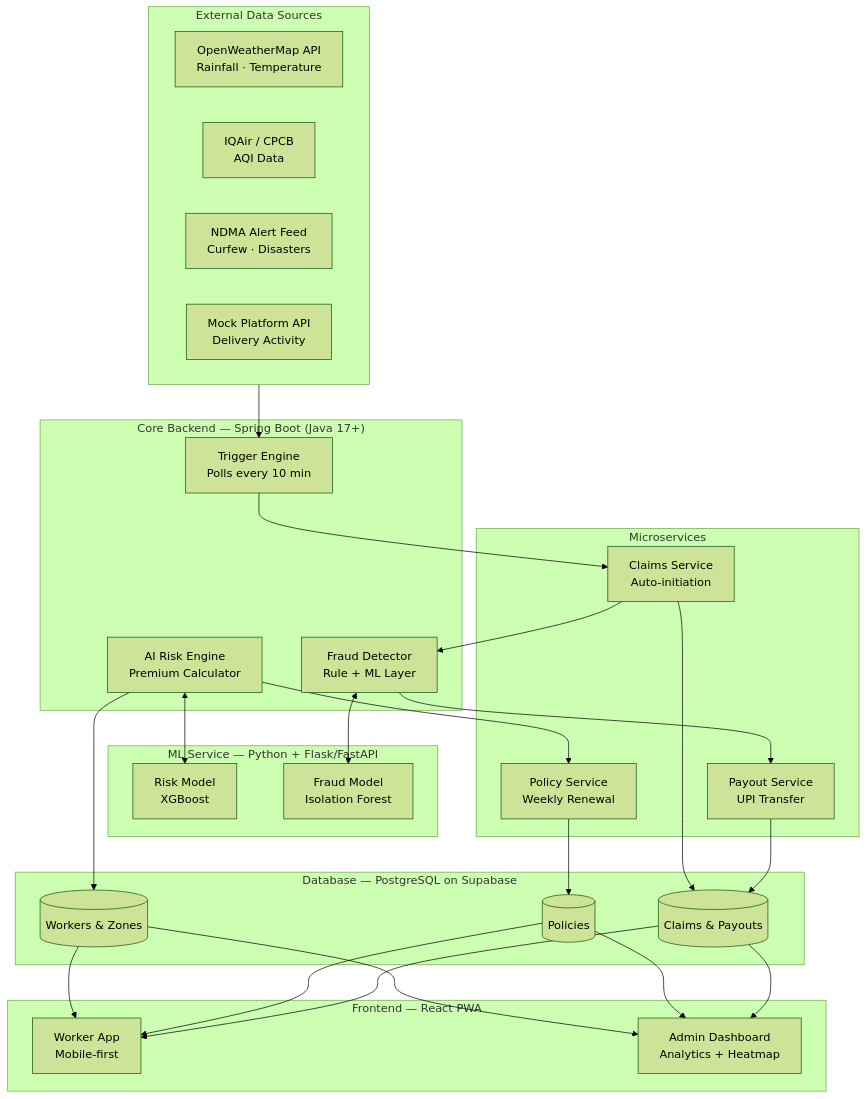
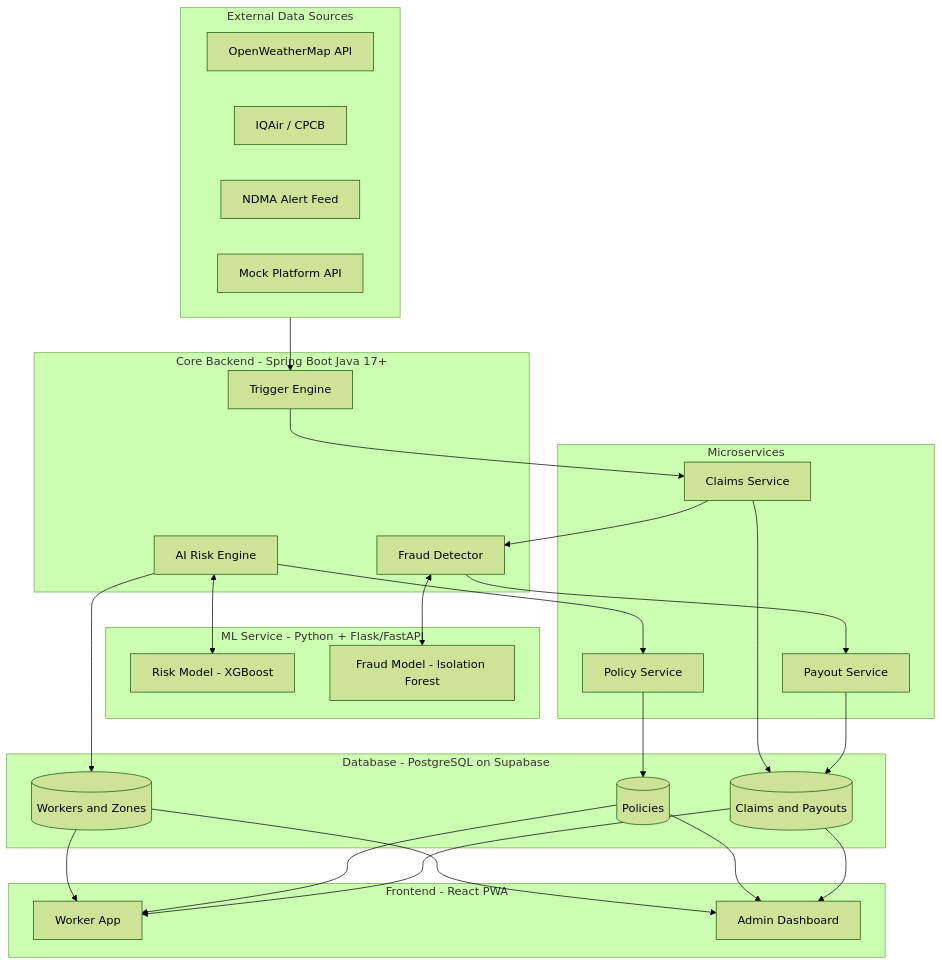
Before and after one commit to Ryuga-Mvp/GigShield: the first of 6 diagrams in README.md, drawn with Mermaid (forest theme). The commit also changed other lines of this file, not shown here.

````diff
--- a/README.md
+++ b/README.md
@@ -85,51 +85,51 @@
 ```mermaid
 graph TB
     subgraph EXT["External Data Sources"]
-        W1[OpenWeatherMap API\nRainfall · Temperature]
-        W2[IQAir / CPCB\nAQI Data]
-        W3[NDMA Alert Feed\nCurfew · Disasters]
-        W4[Mock Platform API\nDelivery Activity]
+        W1[OpenWeatherMap API]
+        W2[IQAir / CPCB]
+        W3[NDMA Alert Feed]
+        W4[Mock Platform API]
     end
 
-    subgraph CORE["Core Backend — Spring Boot (Java 17+)"]
-        TE[Trigger Engine\nPolls every 10 min]
-        RE[AI Risk Engine\nPremium Calculator]
-        FD[Fraud Detector\nRule + ML Layer]
+    subgraph CORE["Core Backend - Spring Boot Java 17+"]
+        TE[Trigger Engine]
+        RE[AI Risk Engine]
+        FD[Fraud Detector]
     end
 
-    subgraph ML["ML Service — Python + Flask/FastAPI"]
-        RM[Risk Model\nXGBoost]
-        FM[Fraud Model\nIsolation Forest]
+    subgraph ML["ML Service - Python + Flask/FastAPI"]
+        RM[Risk Model - XGBoost]
+        FM[Fraud Model - Isolation Forest]
     end
 
     subgraph SVC["Microservices"]
-        CS[Claims Service\nAuto-initiation]
-        PS[Policy Service\nWeekly Renewal]
-        PY[Payout Service\nUPI Transfer]
+        CS[Claims Service]
+        PS[Policy Service]
+        PY[Payout Service]
     end
 
-    subgraph DB["Database — PostgreSQL on Supabase"]
-        D1[(Workers & Zones)]
+    subgraph DB["Database - PostgreSQL on Supabase"]
+        D1[(Workers and Zones)]
         D2[(Policies)]
-        D3[(Claims & Payouts)]
+        D3[(Claims and Payouts)]
     end
 
-    subgraph FE["Frontend — React PWA"]
-        WA[Worker App\nMobile-first]
-        AD[Admin Dashboard\nAnalytics + Heatmap]
+    subgraph FE["Frontend - React PWA"]
+        WA[Worker App]
+        AD[Admin Dashboard]
     end
 
     EXT --> TE
     TE --> CS
     RE --> PS
     RE <--> RM
     FD <--> FM
     CS --> FD
     FD --> PY
     CS --> D3
     PS --> D2
     PY --> D3
     RE --> D1
     D1 & D2 & D3 --> WA
     D1 & D2 & D3 --> AD
 ```
````
